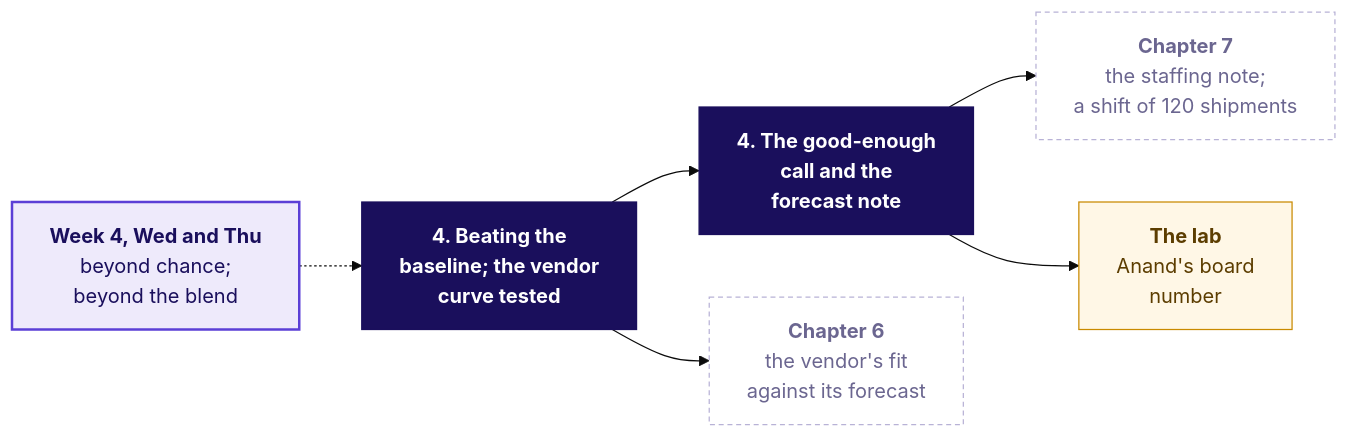
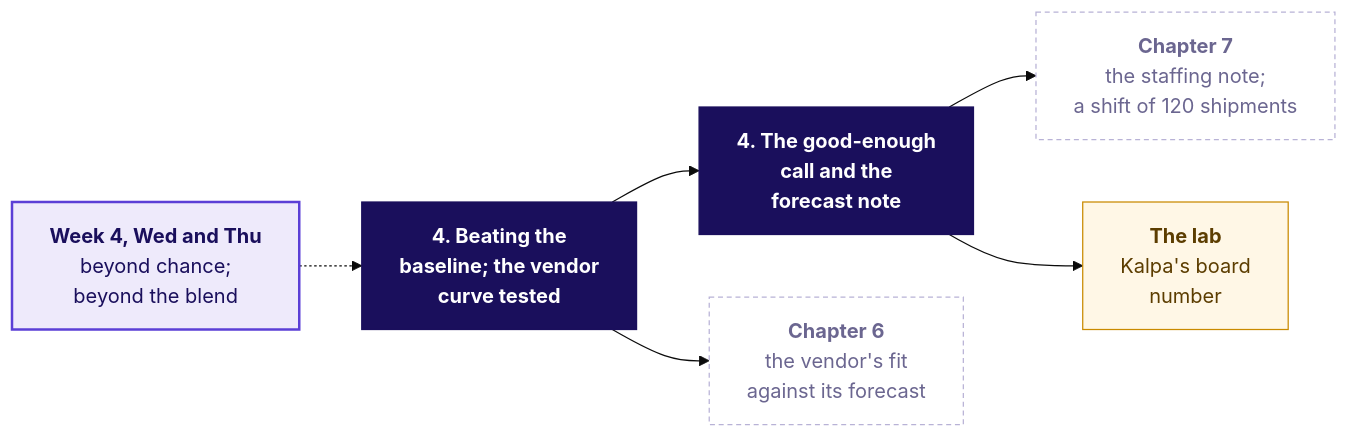
Before and after one commit to fde-academy-lab/c2-content-factory: the sixth of 8 diagrams in content/W04/D5/slides/C2_W04_D05_half1_STUDENT.md, drawn with Mermaid (base theme). The commit also changed other lines of this file and 5 other files, not shown here.

````diff
--- a/content/W04/D5/slides/C2_W04_D05_half1_STUDENT.md
+++ b/content/W04/D5/slides/C2_W04_D05_half1_STUDENT.md
@@ -779,16 +794,16 @@
 ```mermaid
 flowchart LR
     E["<b>Week 4, Wed and Thu</b><br/>beyond chance;<br/>beyond the blend"] -.-> V
     V["<b>4. Beating the<br/>baseline; the vendor<br/>curve tested</b>"] --> G["<b>4. The good-enough<br/>call and the<br/>forecast note</b>"]
     V --> S6["<b>Chapter 6</b><br/>the vendor's fit<br/>against its forecast"]
     G --> S7["<b>Chapter 7</b><br/>the staffing note;<br/>a shift of 120 shipments"]
-    G --> K["<b>The lab</b><br/>Anand's board<br/>number"]
+    G --> K["<b>The lab</b><br/>Kalpa's board<br/>number"]
     classDef lit fill:#1A0F5C,stroke:#1A0F5C,color:#FFFFFF
     classDef known fill:#EEEAFB,stroke:#5B3FD6,color:#1A0F5C,stroke-width:2px
     classDef unknown fill:#FFFFFF,stroke:#B8B2D6,color:#6B6690,stroke-dasharray:4 3
     classDef kalpa fill:#FFF7E6,stroke:#C98A00,color:#5C3D00
     class V,G lit
     class E known
     class S6,S7 unknown
     class K kalpa
 ```
````
